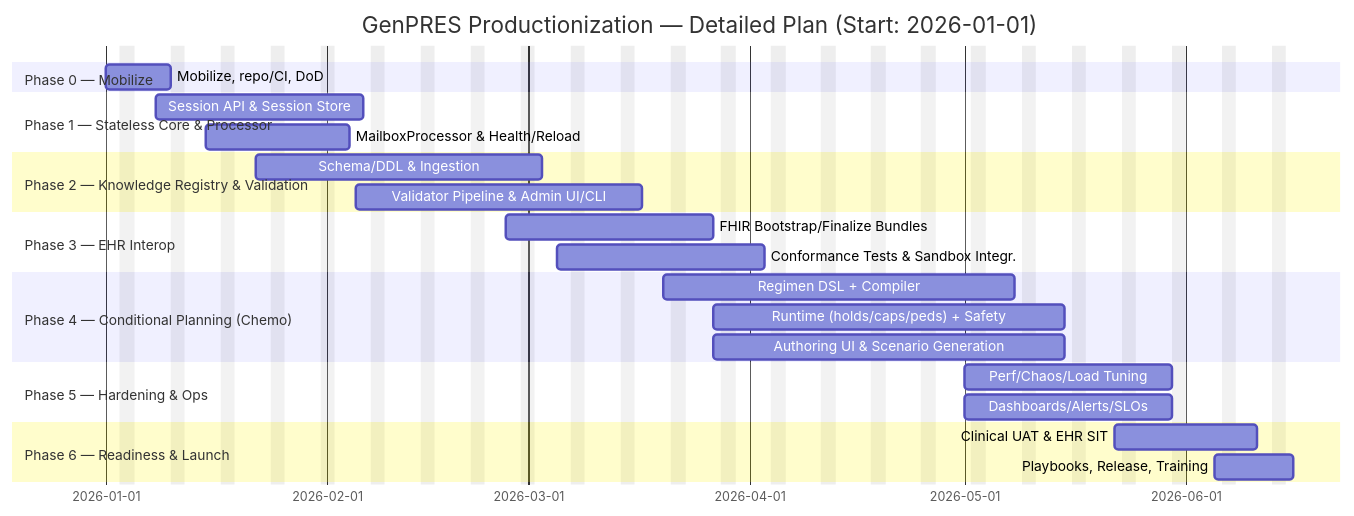
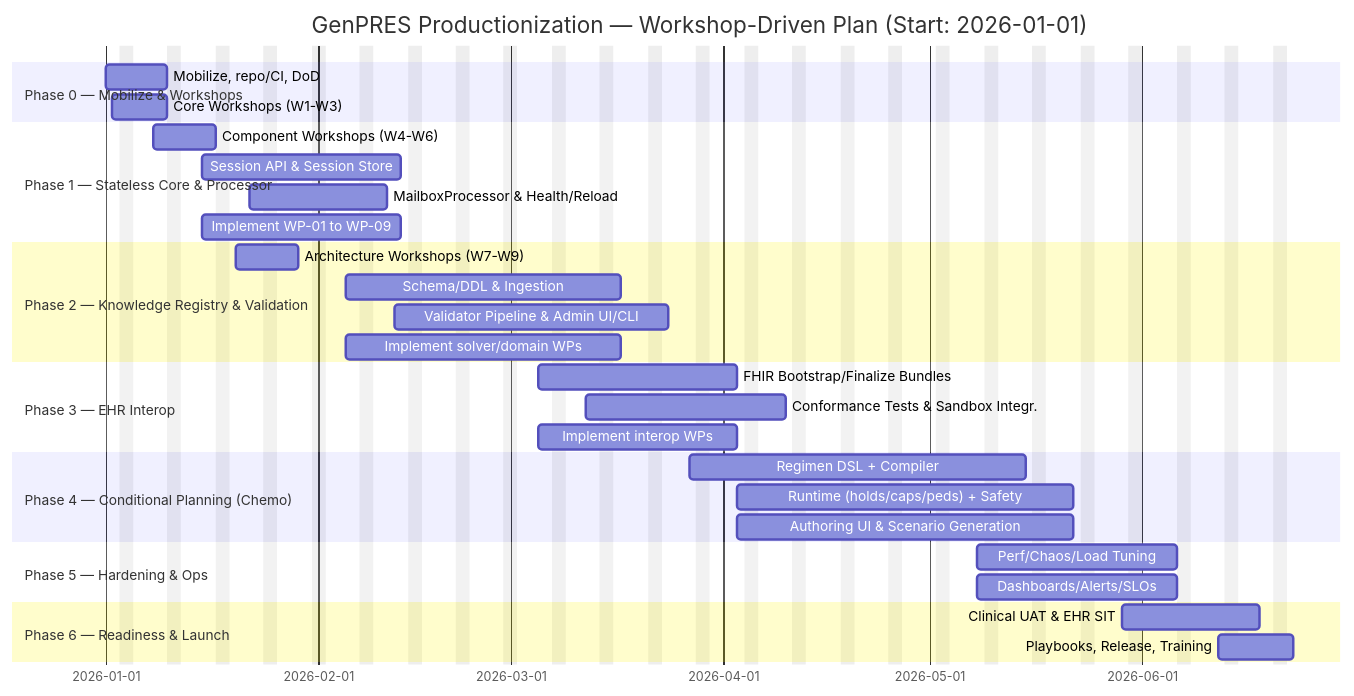
Before and after one commit to informedica/GenPRES: the diagram in docs/genpres-production-plan-2026-v3.md, drawn with Mermaid. The commit also changed other lines of this file and 1 other file, not shown here.

Commit message:
docs: update genform docs and update project planning with workshops

````diff
--- a/docs/genpres-production-plan-2026-v3.md
+++ b/docs/genpres-production-plan-2026-v3.md
@@ -110,34 +252,40 @@
 ```mermaid
 gantt
-    title GenPRES Productionization — Detailed Plan (Start: 2026-01-01)
+    title GenPRES Productionization — Workshop-Driven Plan (Start: 2026-01-01)
     dateFormat  YYYY-MM-DD
     excludes    weekends
 
-    section Phase 0 — Mobilize
-    Mobilize, repo/CI, DoD                 :p0, 2026-01-01, 7d
-
+    section Phase 0 — Mobilize & Workshops
+    Mobilize, repo/CI, DoD                 :p0a, 2026-01-01, 7d
+    Core Workshops (W1-W3)                 :p0b, 2026-01-02, 6d
+    
     section Phase 1 — Stateless Core & Processor
-    Session API & Session Store            :p1a, 2026-01-08, 21d
-    MailboxProcessor & Health/Reload       :p1b, 2026-01-15, 14d
+    Component Workshops (W4-W6)            :p1w, 2026-01-08, 7d
+    Session API & Session Store            :p1a, 2026-01-15, 21d
+    MailboxProcessor & Health/Reload       :p1b, 2026-01-22, 14d
+    Implement WP-01 to WP-09               :p1c, 2026-01-15, 21d
 
     section Phase 2 — Knowledge Registry & Validation
-    Schema/DDL & Ingestion                 :p2a, 2026-01-22, 28d
-    Validator Pipeline & Admin UI/CLI      :p2b, 2026-02-05, 28d
+    Architecture Workshops (W7-W9)         :p2w, 2026-01-20, 7d
+    Schema/DDL & Ingestion                 :p2a, 2026-02-05, 28d
+    Validator Pipeline & Admin UI/CLI      :p2b, 2026-02-12, 28d
+    Implement solver/domain WPs            :p2c, 2026-02-05, 28d
 
     section Phase 3 — EHR Interop
-    FHIR Bootstrap/Finalize Bundles        :p3a, 2026-02-26, 21d
-    Conformance Tests & Sandbox Integr.    :p3b, 2026-03-05, 21d
+    FHIR Bootstrap/Finalize Bundles        :p3a, 2026-03-05, 21d
+    Conformance Tests & Sandbox Integr.    :p3b, 2026-03-12, 21d
+    Implement interop WPs                  :p3c, 2026-03-05, 21d
 
     section Phase 4 — Conditional Planning (Chemo)
-    Regimen DSL + Compiler                 :p4a, 2026-03-20, 35d
-    Runtime (holds/caps/peds) + Safety     :p4b, 2026-03-27, 35d
-    Authoring UI & Scenario Generation     :p4c, 2026-03-27, 35d
+    Regimen DSL + Compiler                 :p4a, 2026-03-27, 35d
+    Runtime (holds/caps/peds) + Safety     :p4b, 2026-04-03, 35d
+    Authoring UI & Scenario Generation     :p4c, 2026-04-03, 35d
 
     section Phase 5 — Hardening & Ops
-    Perf/Chaos/Load Tuning                 :p5a, 2026-05-01, 21d
-    Dashboards/Alerts/SLOs                 :p5b, 2026-05-01, 21d
+    Perf/Chaos/Load Tuning                 :p5a, 2026-05-08, 21d
+    Dashboards/Alerts/SLOs                 :p5b, 2026-05-08, 21d
 
     section Phase 6 — Readiness & Launch
-    Clinical UAT & EHR SIT                 :p6a, 2026-05-22, 14d
-    Playbooks, Release, Training           :p6b, 2026-06-05, 7d
+    Clinical UAT & EHR SIT                 :p6a, 2026-05-29, 14d
+    Playbooks, Release, Training           :p6b, 2026-06-12, 7d
 ```
````
